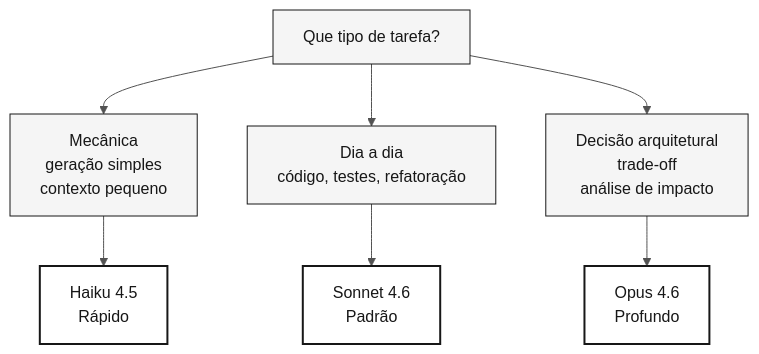
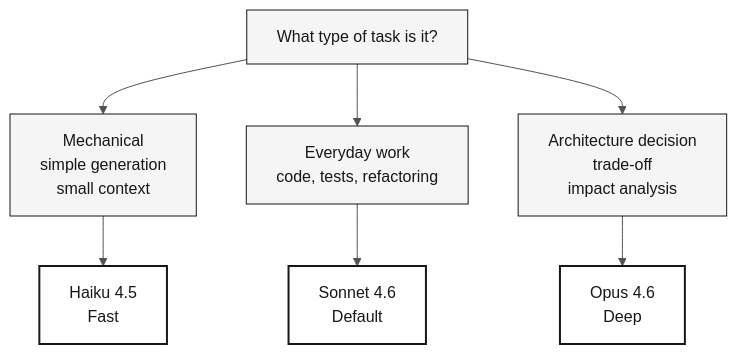
The diagram in 09-cheat-sheets/model-routing.md (paulasilvatech/datacorp-mm-team-kit), drawn with Mermaid before and after one commit. The commit also changed other lines of this file and 169 other files, not shown here.

````diff
--- a/09-cheat-sheets/model-routing.md
+++ b/09-cheat-sheets/model-routing.md
@@ -43,15 +41,15 @@
 ```mermaid
 %%{init: {'theme':'neutral','themeVariables':{'fontFamily':'ui-sans-serif, system-ui, sans-serif','primaryColor':'#F5F5F5','primaryTextColor':'#171717','primaryBorderColor':'#171717','lineColor':'#525252','secondaryColor':'#FFFFFF','tertiaryColor':'#FAFAFA','background':'#FFFFFF'}}}%%
 flowchart TB
     classDef step fill:#F5F5F5,stroke:#171717,color:#171717
     classDef result fill:#FFFFFF,stroke:#171717,color:#171717,stroke-width:2px
 
-    Q["Que tipo de tarefa?"]:::step
-    Q --> M["Mecânica<br/>geração simples<br/>contexto pequeno"]:::step
-    Q --> D["Dia a dia<br/>código, testes, refatoração"]:::step
-    Q --> A["Decisão arquitetural<br/>trade-off<br/>análise de impacto"]:::step
+    Q["What type of task is it?"]:::step
+    Q --> M["Mechanical<br/>simple generation<br/>small context"]:::step
+    Q --> D["Everyday work<br/>code, tests, refactoring"]:::step
+    Q --> A["Architecture decision<br/>trade-off<br/>impact analysis"]:::step
 
-    M --> Haiku["Haiku 4.5<br/>Rápido"]:::result
-    D --> Sonnet["Sonnet 4.6<br/>Padrão"]:::result
-    A --> Opus["Opus 4.6<br/>Profundo"]:::result
+    M --> Haiku["Haiku 4.5<br/>Fast"]:::result
+    D --> Sonnet["Sonnet 4.6<br/>Default"]:::result
+    A --> Opus["Opus 4.6<br/>Deep"]:::result
 ```
````
